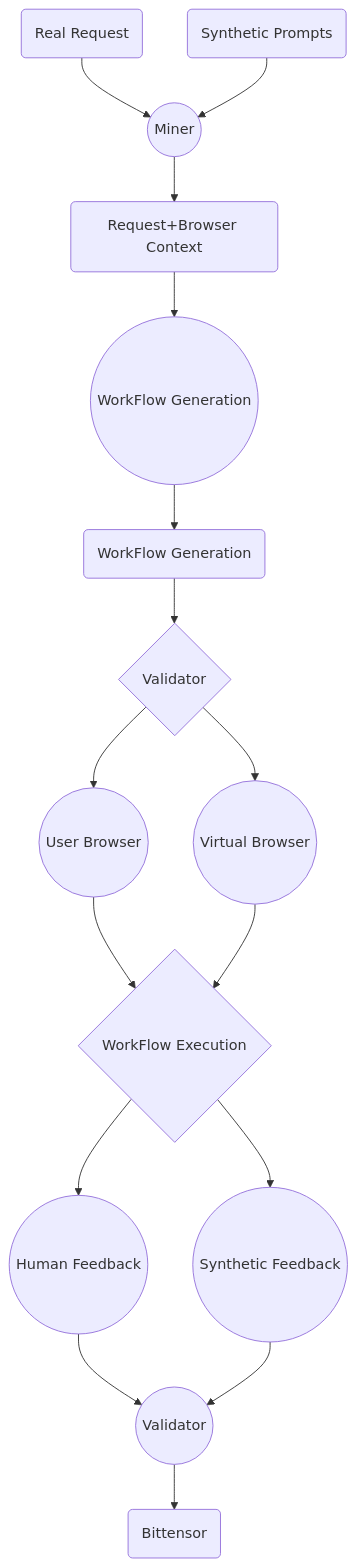
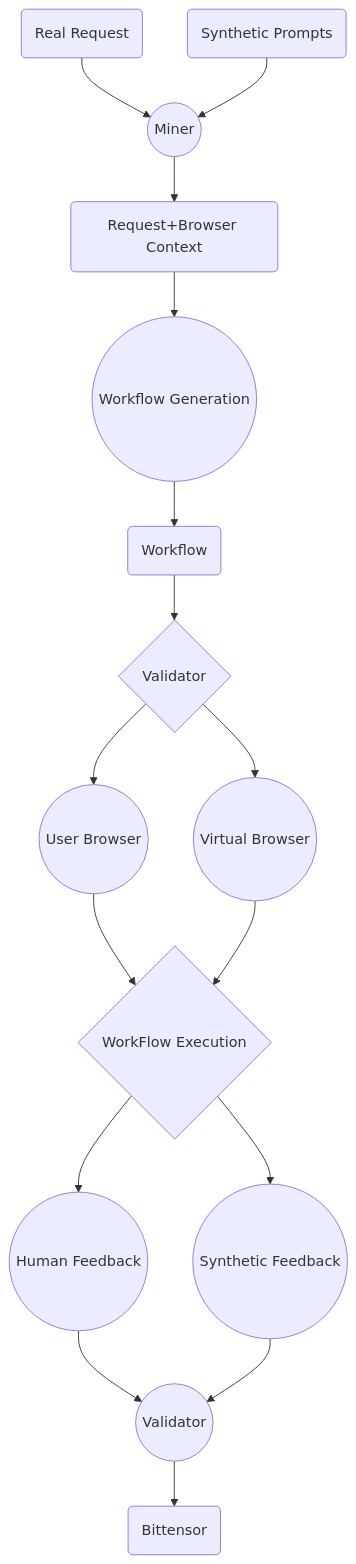
One commit to KhadijaPhool/docs changed the diagram in browser-assistance-subnet/incentive-mechanism.mdx. Above: the diagram before and after it, drawn with Mermaid.

Commit message:
Documentation edits made through Mintlify web editor

````diff
--- a/browser-assistance-subnet/incentive-mechanism.mdx
+++ b/browser-assistance-subnet/incentive-mechanism.mdx
@@ -32,24 +32,24 @@
 ```mermaid
 flowchart TD
 %% Nodes
     A("Real Request")
     Z("Synthetic Prompts")
     B(("Miner"))
-    C(("WorkFlow Generation"))
+    C(("Workflow Generation"))
     D{"Validator"}
     E((User Browser))
     F{"WorkFlow Execution"}
     X(("Human Feedback"))
     Y(("Validator"))
     I(("Virtual Browser"))
     W(("Synthetic Feedback"))
     V("Bittensor")
     R("Request+Browser Context")
-    S("WorkFlow Generation")
+    S("Workflow")
 
 %% Edge connections between nodes
     A --> B --> R --> C --> S --> D --> E --> F --> X --> Y
     Z --> B
     D  --> I --> F --> W --> Y --> V
 
 ```
````
